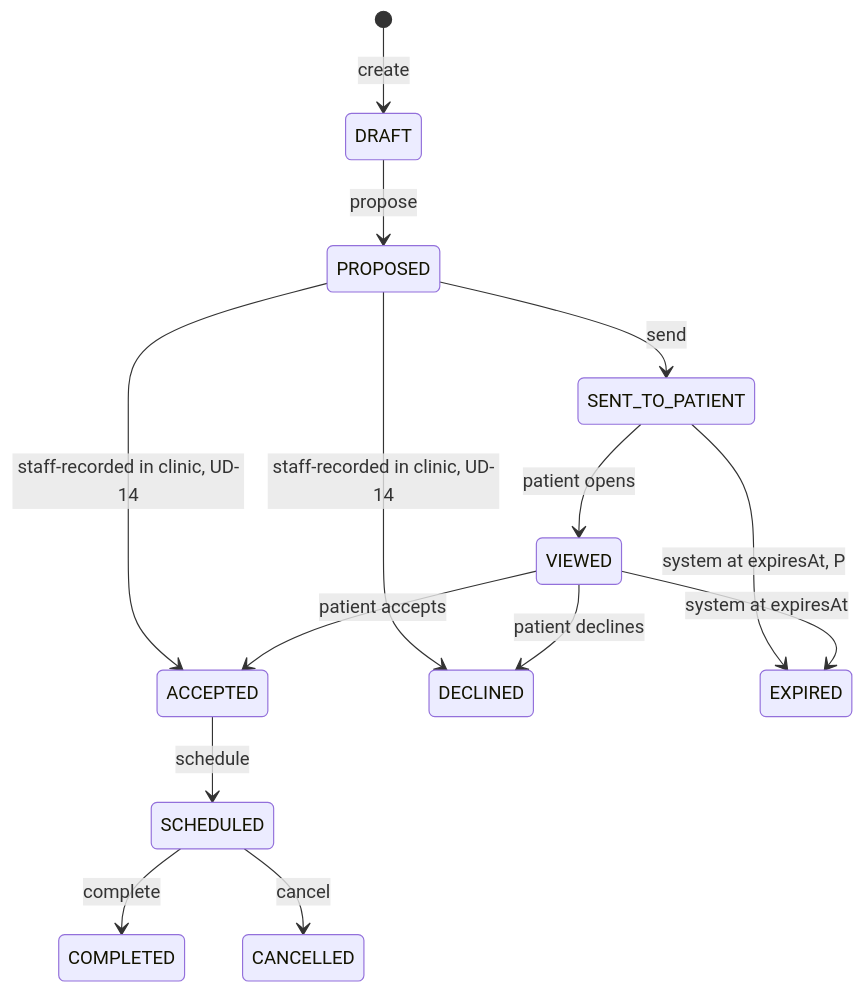
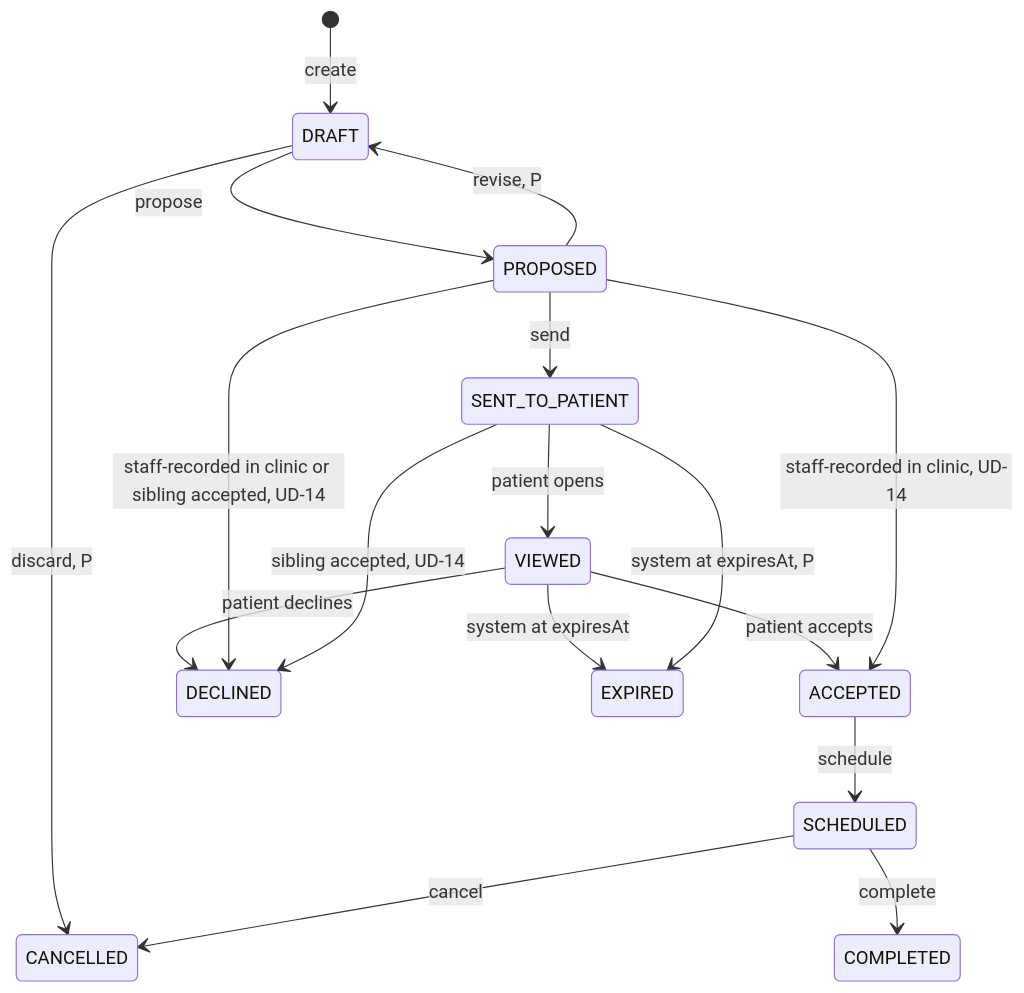
One commit to cgibson24/Aestara changed the sixth of 12 diagrams in docs/WORKFLOWS.md. Above: the diagram before and after it, drawn with Mermaid. The commit also changed other lines of this file and 15 other files, not shown here.

````diff
--- a/docs/WORKFLOWS.md
+++ b/docs/WORKFLOWS.md
@@ -538,16 +539,19 @@
 ```mermaid
 stateDiagram-v2
   [*] --> DRAFT : create
   DRAFT --> PROPOSED : propose
   PROPOSED --> SENT_TO_PATIENT : send
   SENT_TO_PATIENT --> VIEWED : patient opens
   VIEWED --> ACCEPTED : patient accepts
   VIEWED --> DECLINED : patient declines
   VIEWED --> EXPIRED : system at expiresAt
   SENT_TO_PATIENT --> EXPIRED : system at expiresAt, P
   PROPOSED --> ACCEPTED : staff-recorded in clinic, UD-14
-  PROPOSED --> DECLINED : staff-recorded in clinic, UD-14
+  PROPOSED --> DECLINED : staff-recorded in clinic or sibling accepted, UD-14
+  SENT_TO_PATIENT --> DECLINED : sibling accepted, UD-14
+  PROPOSED --> DRAFT : revise, P
+  DRAFT --> CANCELLED : discard, P
   ACCEPTED --> SCHEDULED : schedule
   SCHEDULED --> COMPLETED : complete
   SCHEDULED --> CANCELLED : cancel
 ```
````
